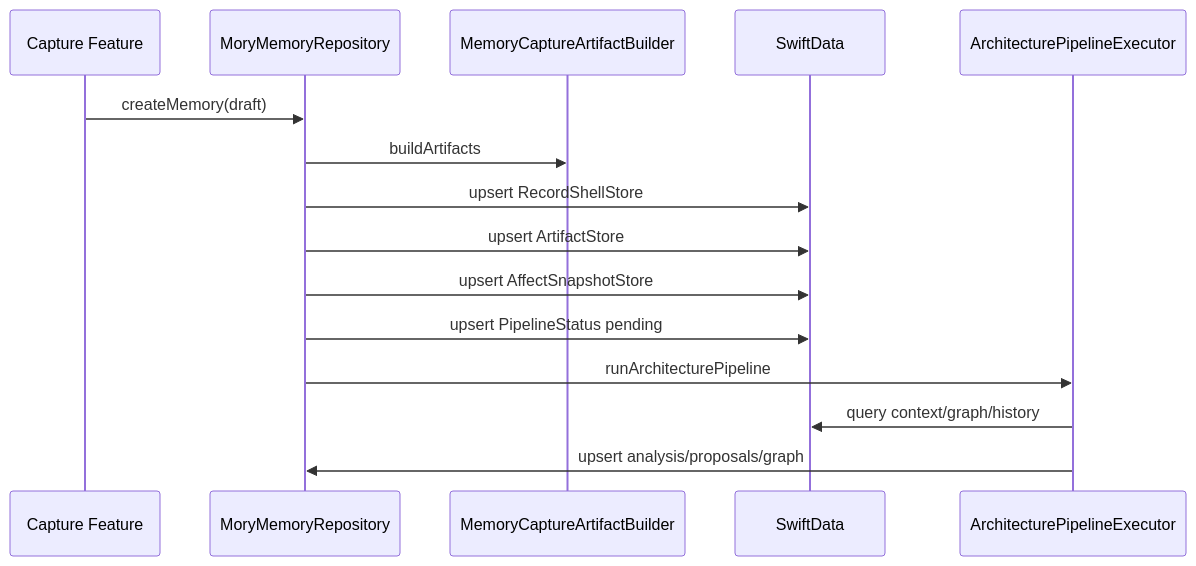
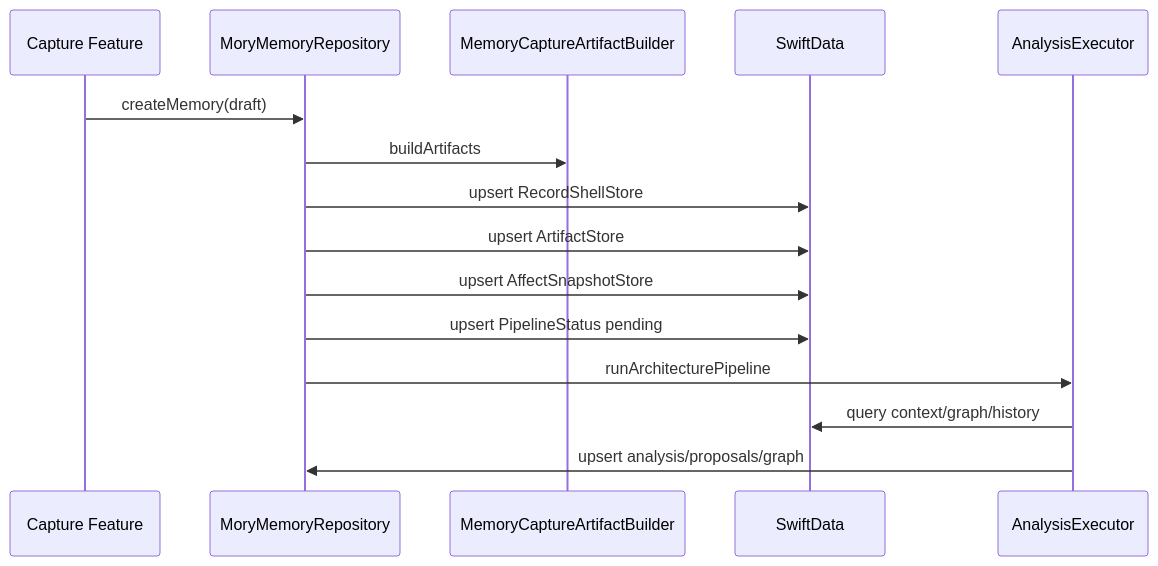
The second of 3 diagrams in docs/mory_architecture_handbook_2026_05/04_persistence_repository_and_data_model_audit.md (daaihang/sprout), drawn with Mermaid before and after one commit. The commit also changed 61 other files, not shown here.

````diff
--- a/docs/mory_architecture_handbook_2026_05/04_persistence_repository_and_data_model_audit.md
+++ b/docs/mory_architecture_handbook_2026_05/04_persistence_repository_and_data_model_audit.md
@@ -97,18 +97,18 @@
 ```mermaid
 sequenceDiagram
     participant Feature as Capture Feature
     participant Repo as MoryMemoryRepository
     participant Builder as MemoryCaptureArtifactBuilder
     participant Store as SwiftData
-    participant Pipe as ArchitecturePipelineExecutor
+    participant Pipe as AnalysisExecutor
 
     Feature->>Repo: createMemory(draft)
     Repo->>Builder: buildArtifacts
     Repo->>Store: upsert RecordShellStore
     Repo->>Store: upsert ArtifactStore
     Repo->>Store: upsert AffectSnapshotStore
     Repo->>Store: upsert PipelineStatus pending
     Repo->>Pipe: runArchitecturePipeline
     Pipe->>Store: query context/graph/history
     Pipe->>Repo: upsert analysis/proposals/graph
 ```
````
